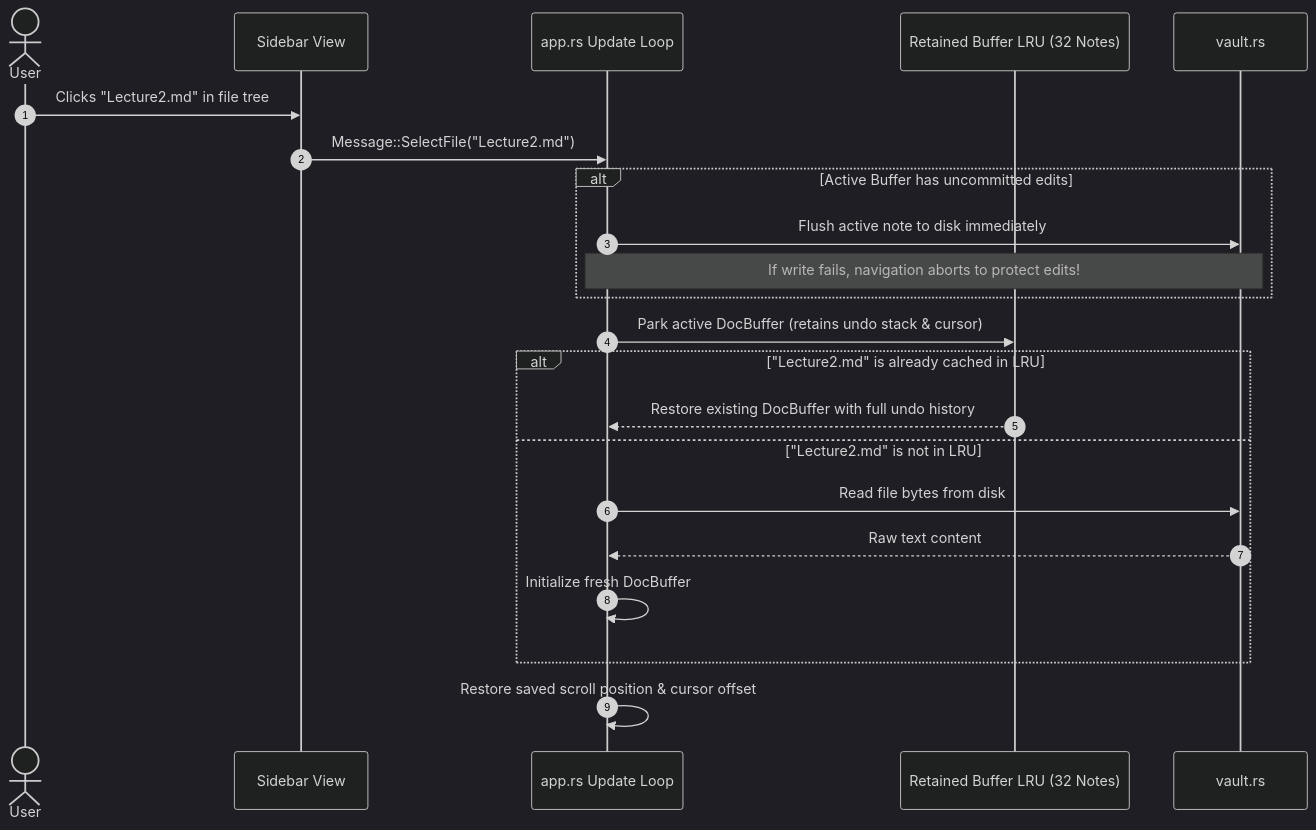
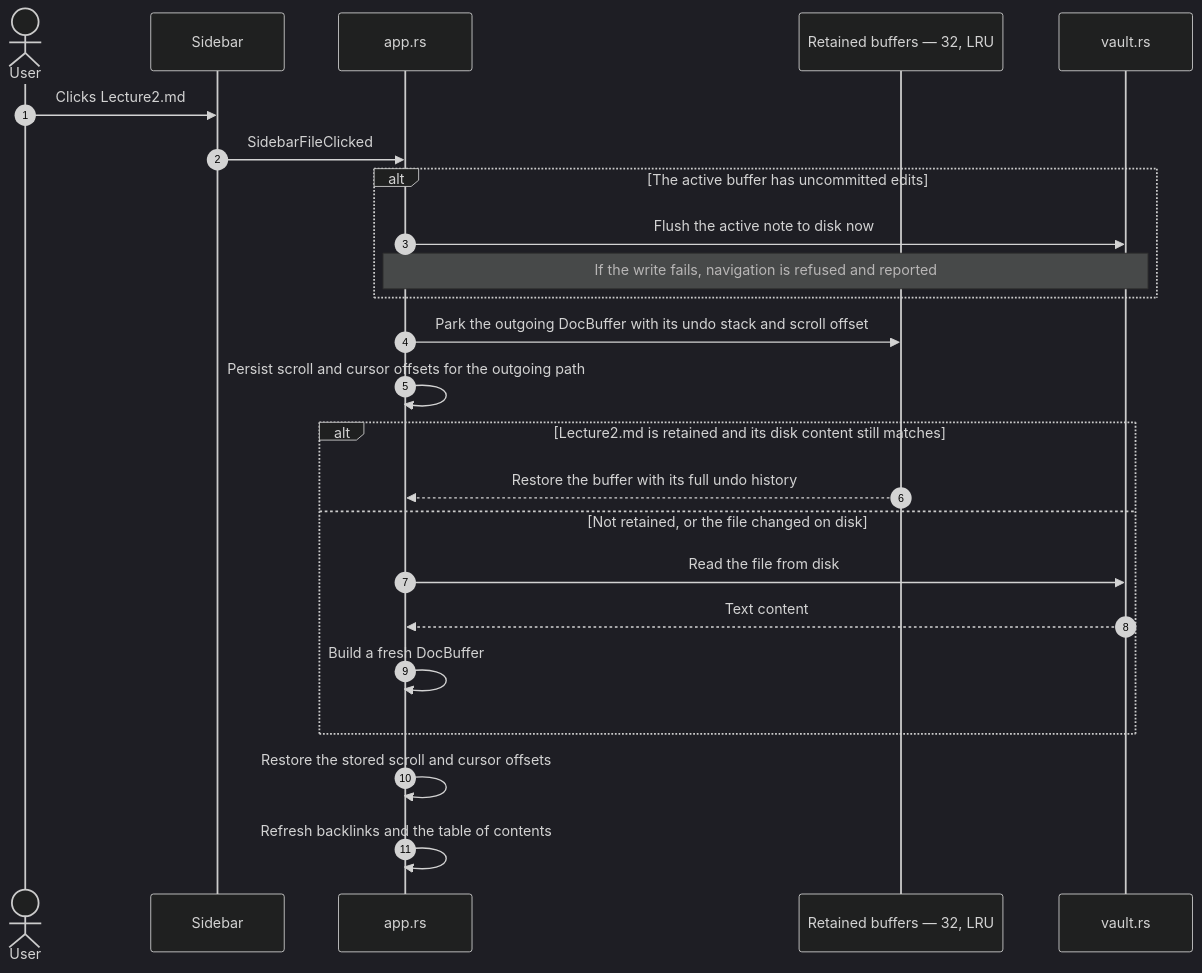
Before and after one commit to Suranjan77/md-editor: the second of 3 diagrams in wiki/Data-Flows-and-Durability-Invariants.md, drawn with Mermaid (dark theme). The commit also changed other lines of this file and 24 other files, not shown here.

````diff
--- a/wiki/Data-Flows-and-Durability-Invariants.md
+++ b/wiki/Data-Flows-and-Durability-Invariants.md
@@ -48,29 +56,31 @@
 ```mermaid
 sequenceDiagram
     autonumber
     actor User
-    participant UI as Sidebar View
-    participant App as app.rs Update Loop
-    participant LRU as Retained Buffer LRU (32 Notes)
+    participant UI as Sidebar
+    participant App as app.rs
+    participant Retain as Retained buffers — 32, LRU
     participant Vault as vault.rs
 
-    User->>UI: Clicks "Lecture2.md" in file tree
-    UI->>App: Message::SelectFile("Lecture2.md")
-    
-    alt Active Buffer has uncommitted edits
-        App->>Vault: Flush active note to disk immediately
-        Note over App,Vault: If write fails, navigation aborts to protect edits!
+    User->>UI: Clicks Lecture2.md
+    UI->>App: SidebarFileClicked
+
+    alt The active buffer has uncommitted edits
+        App->>Vault: Flush the active note to disk now
+        Note over App,Vault: If the write fails, navigation is refused and reported
     end
-    
-    App->>LRU: Park active DocBuffer (retains undo stack & cursor)
-    
-    alt "Lecture2.md" is already cached in LRU
-        LRU-->>App: Restore existing DocBuffer with full undo history
-    else "Lecture2.md" is not in LRU
-        App->>Vault: Read file bytes from disk
-        Vault-->>App: Raw text content
-        App->>App: Initialize fresh DocBuffer
+
+    App->>Retain: Park the outgoing DocBuffer with its undo stack and scroll offset
+    App->>App: Persist scroll and cursor offsets for the outgoing path
+
+    alt Lecture2.md is retained and its disk content still matches
+        Retain-->>App: Restore the buffer with its full undo history
+    else Not retained, or the file changed on disk
+        App->>Vault: Read the file from disk
+        Vault-->>App: Text content
+        App->>App: Build a fresh DocBuffer
     end
-    
-    App->>App: Restore saved scroll position & cursor offset
+
+    App->>App: Restore the stored scroll and cursor offsets
+    App->>App: Refresh backlinks and the table of contents
 ```
````
